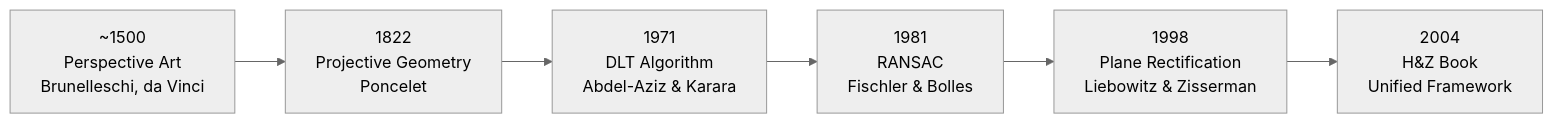
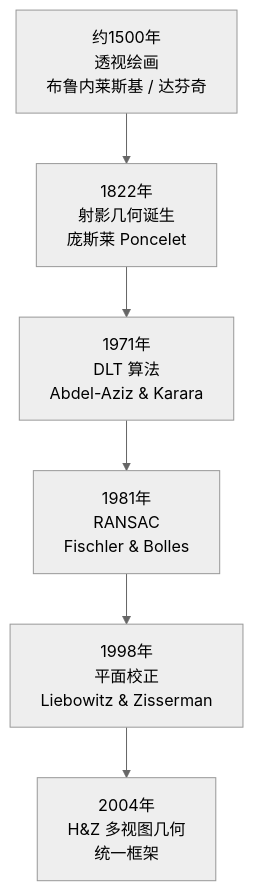
Before and after one commit to dull-bird/book_3d_cv: the second of 3 diagrams in src/00_basics/02_projection.md, drawn with Mermaid (neutral theme). The commit also changed other lines of this file and 4 other files, not shown here.

First line of the commit message:
feat: 全部mermaid转为TD方向并使用中文(四象限图除外)

````diff
--- a/src/00_basics/02_projection.md
+++ b/src/00_basics/02_projection.md
@@ -74,8 +74,8 @@
 ```mermaid
-flowchart LR
-    A["~1500<br/>Perspective Art<br/>Brunelleschi, da Vinci"] --> B["1822<br/>Projective Geometry<br/>Poncelet"]
-    B --> C["1971<br/>DLT Algorithm<br/>Abdel-Aziz & Karara"]
-    C --> D["1981<br/>RANSAC<br/>Fischler & Bolles"]
-    D --> E["1998<br/>Plane Rectification<br/>Liebowitz & Zisserman"]
-    E --> F["2004<br/>H&Z Book<br/>Unified Framework"]
+flowchart TD
+    A["约1500年<br/>透视绘画<br/>布鲁内莱斯基 / 达芬奇"] --> B["1822年<br/>射影几何诞生<br/>庞斯莱 Poncelet"]
+    B --> C["1971年<br/>DLT 算法<br/>Abdel-Aziz & Karara"]
+    C --> D["1981年<br/>RANSAC<br/>Fischler & Bolles"]
+    D --> E["1998年<br/>平面校正<br/>Liebowitz & Zisserman"]
+    E --> F["2004年<br/>H&Z 多视图几何<br/>统一框架"]
 ```
````
